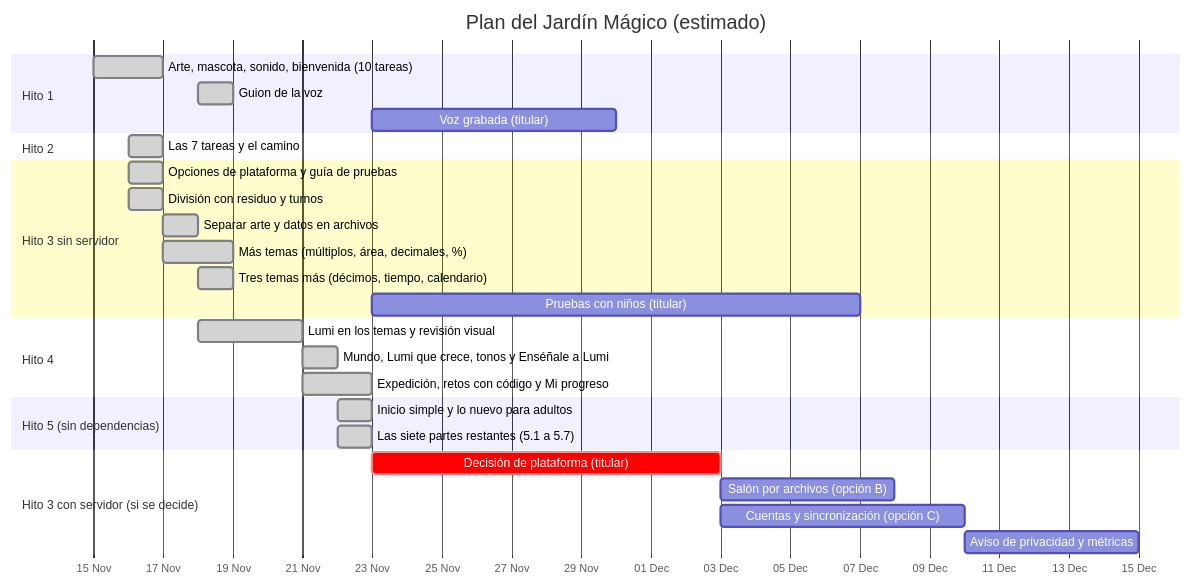
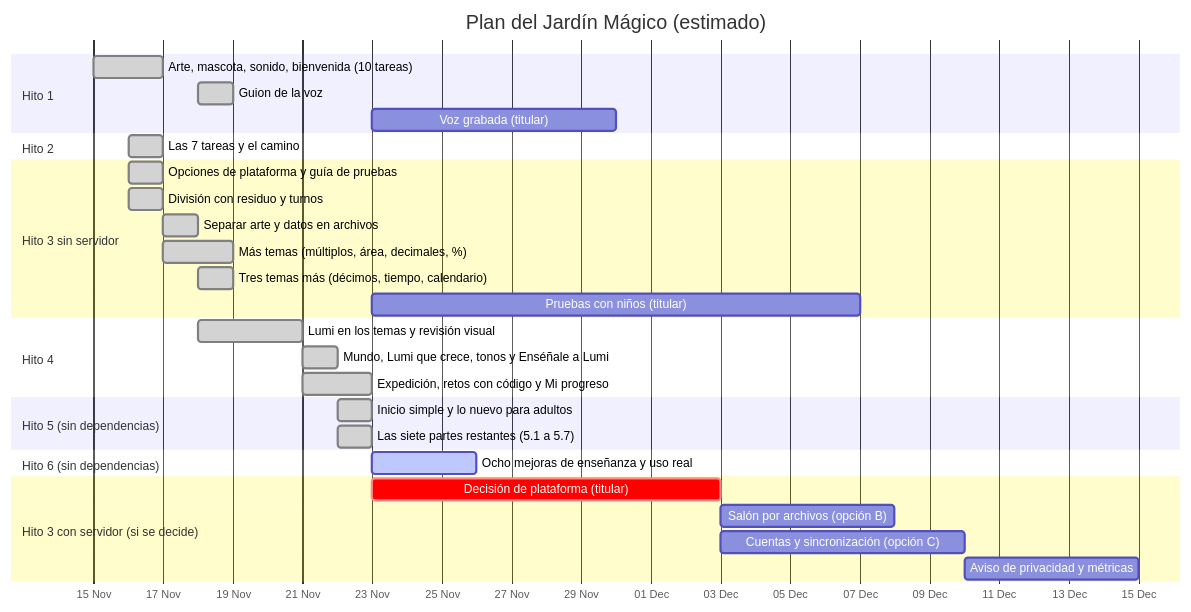
Before and after one commit to dleon55/jardin-magico-multiplicaciones: the first of 2 diagrams in docs/PLAN.md, drawn with Mermaid. The commit also changed other lines of this file and 5 other files, not shown here.

````diff
--- a/docs/PLAN.md
+++ b/docs/PLAN.md
@@ -155,31 +173,33 @@
 ```mermaid
 gantt
     title Plan del Jardín Mágico (estimado)
     dateFormat  YYYY-MM-DD
     axisFormat  %d %b
     section Hito 1
     Arte, mascota, sonido, bienvenida (10 tareas)  :done,    h1, 2026-11-15, 2d
     Guion de la voz                                :done,    h1g, 2026-11-18, 1d
     Voz grabada (titular)                          :         h1v, 2026-11-23, 7d
     section Hito 2
     Las 7 tareas y el camino                       :done,    h2, 2026-11-16, 1d
     section Hito 3 sin servidor
     Opciones de plataforma y guía de pruebas       :done,    h3a, 2026-11-16, 1d
     División con residuo y turnos                  :done,    h3b, 2026-11-16, 1d
     Separar arte y datos en archivos               :done,    h3s, 2026-11-17, 1d
     Más temas (múltiplos, área, decimales, %)      :done,    h3t, 2026-11-17, 2d
     Tres temas más (décimos, tiempo, calendario)   :done,    h3u, 2026-11-18, 1d
     Pruebas con niños (titular)                    :         h3n, 2026-11-23, 14d
     section Hito 4
     Lumi en los temas y revisión visual            :done,    h4a, 2026-11-18, 3d
     Mundo, Lumi que crece, tonos y Enséñale a Lumi :done,    h4b, 2026-11-21, 1d
     Expedición, retos con código y Mi progreso     :done,    h4c, 2026-11-21, 2d
     section Hito 5 (sin dependencias)
     Inicio simple y lo nuevo para adultos          :done,    h5a, 2026-11-22, 1d
     Las siete partes restantes (5.1 a 5.7)         :done,    h5b, 2026-11-22, 1d
+    section Hito 6 (sin dependencias)
+    Ocho mejoras de enseñanza y uso real          :active,  h6, 2026-11-23, 3d
     section Hito 3 con servidor (si se decide)
     Decisión de plataforma (titular)               :crit,    h3d, 2026-11-23, 10d
     Salón por archivos (opción B)                  :         h3b2, after h3d, 5d
     Cuentas y sincronización (opción C)            :         h3e, after h3d, 7d
     Aviso de privacidad y métricas                 :         h3g, after h3e, 5d
 ```
````
